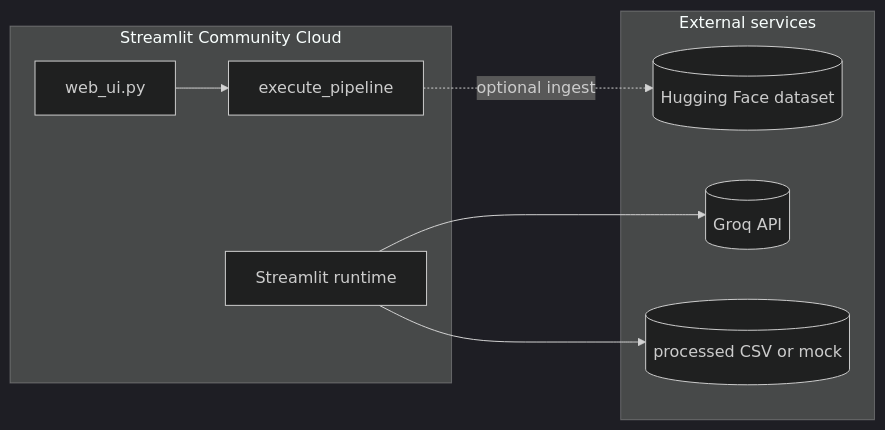
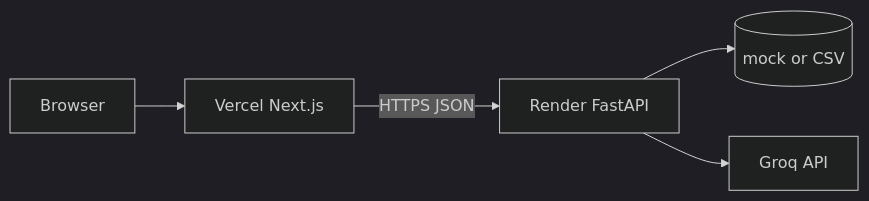
One commit to dhulipudialekhya-nextleap/Milestone-1---Zomato changed the eighth of 8 diagrams in Docs/architecture.md. Above: the diagram before and after it, drawn with Mermaid (dark theme). The commit also changed other lines of this file and 17 other files, not shown here.

First line of the commit message:
Prepare Render backend deploy and remove Streamlit Cloud setup.

````diff
--- a/Docs/architecture.md
+++ b/Docs/architecture.md
@@ -642,19 +612,7 @@
 ```mermaid
 flowchart LR
-    subgraph Cloud["Streamlit Community Cloud"]
-        ST[Streamlit runtime]
-        UI[web_ui.py]
-        ORCH[execute_pipeline]
-        UI --> ORCH
-    end
-
-    subgraph External["External services"]
-        HF[(Hugging Face dataset)]
-        GROQ[(Groq API)]
-        CSV[(processed CSV or mock)]
-    end
-
-    ST --> CSV
-    ST --> GROQ
-    ORCH -. optional ingest .-> HF
+  User[Browser] --> Vercel[Vercel Next.js]
+  Vercel -->|HTTPS JSON| Render[Render FastAPI]
+  Render --> Data[(mock or CSV)]
+  Render --> Groq[Groq API]
 ```
````
